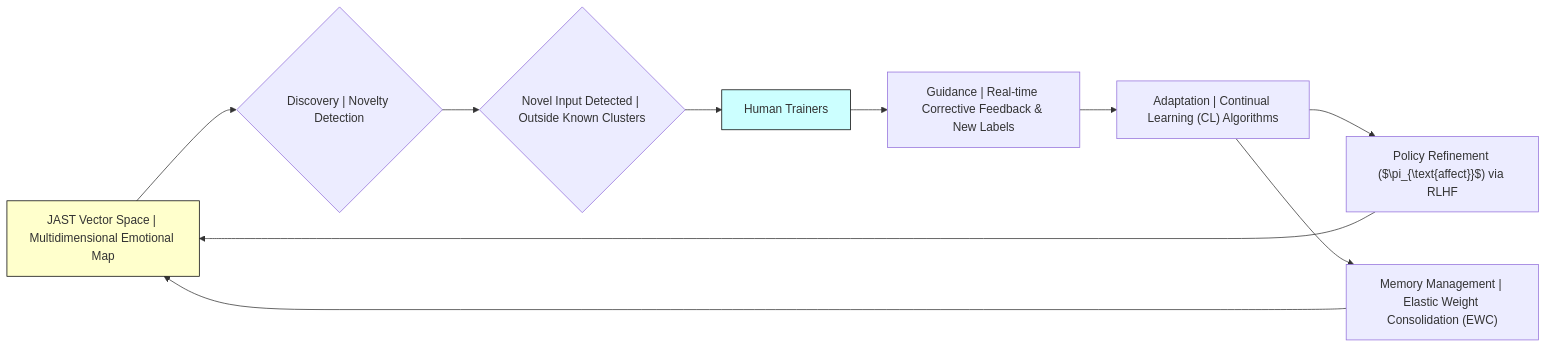
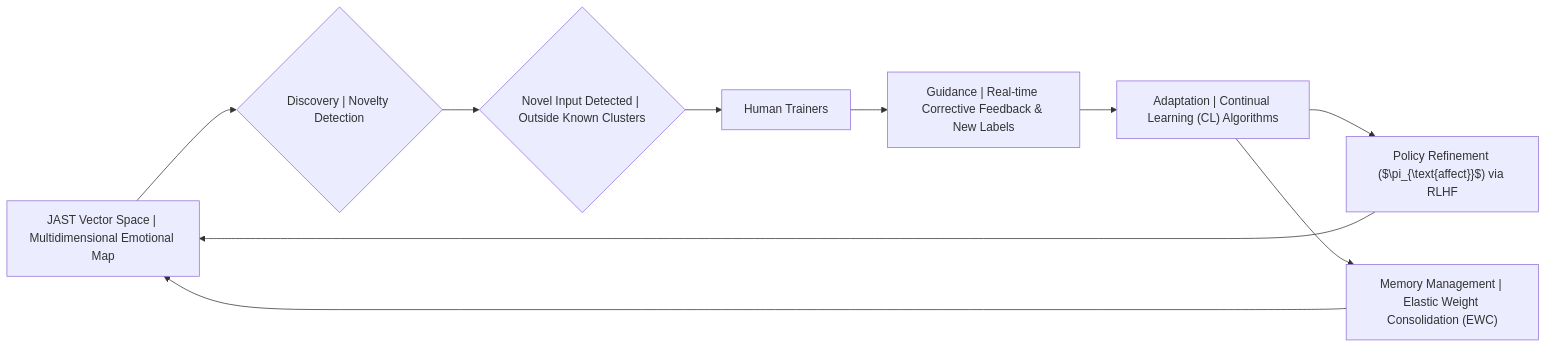
Before and after one commit to 76448-ORG/GPR-Protocol: the third of 3 diagrams in README.md, drawn with Mermaid. The commit also changed other lines of this file, not shown here.

First line of the commit message:
Remove styles from JAST-V Model Architecture diagram

````diff
--- a/README.md
+++ b/README.md
@@ -168,13 +162,11 @@
 ```mermaid
 graph LR;
     A["JAST Vector Space | Multidimensional Emotional Map"] --> B{"Discovery | Novelty Detection"};
     B --> C{"Novel Input Detected | Outside Known Clusters"};
     C --> D["Human Trainers"];
     D --> E["Guidance | Real-time Corrective Feedback & New Labels"];
     E --> F["Adaptation | Continual Learning (CL) Algorithms"];
     F --> G["Policy Refinement ($\pi_{\text{affect}}$) via RLHF"];
     F --> H["Memory Management | Elastic Weight Consolidation (EWC)"];
     G & H --> A;
-    style A fill:#ffc,stroke:#000
-    style D fill:#cff,stroke:#000
 ```
````
